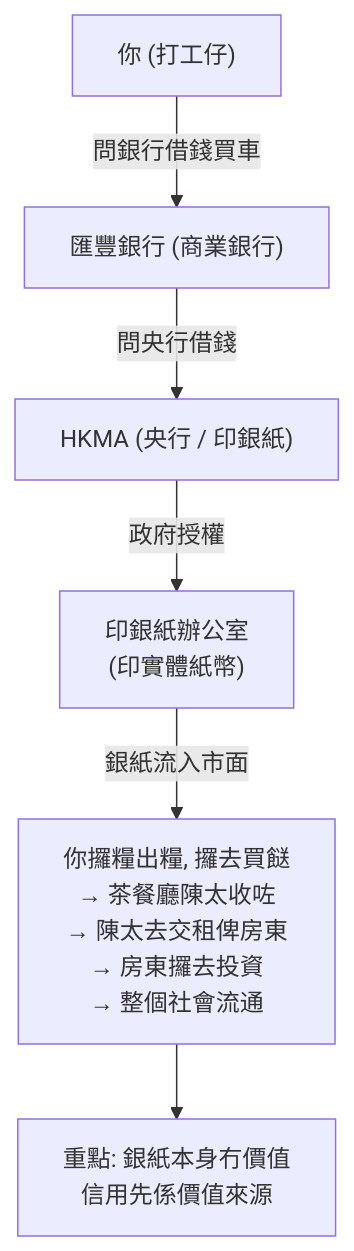
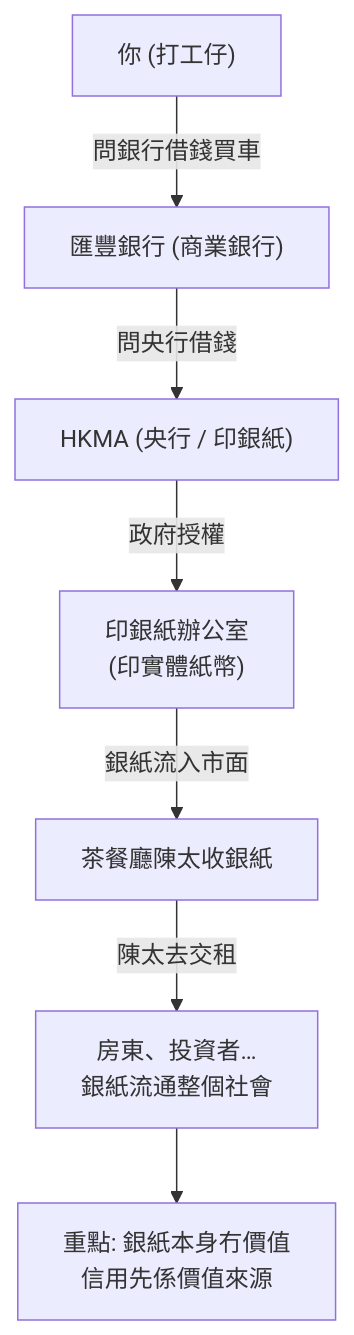
Before and after one commit to adamaiken89/course-content: the fifth of 5 diagrams in finance-basics-cantonese/modules/01-what-is-money/lesson.md, drawn with Mermaid. The commit also changed other lines of this file and 10 other files, not shown here.

````diff
--- a/finance-basics-cantonese/modules/01-what-is-money/lesson.md
+++ b/finance-basics-cantonese/modules/01-what-is-money/lesson.md
@@ -152,15 +128,18 @@
 ```mermaid
 flowchart TD
   Y["你 (打工仔)"]
   B["匯豐銀行 (商業銀行)"]
   H["HKMA (央行 / 印銀紙)"]
   P["印銀紙辦公室<br/>(印實體紙幣)"]
+  S["茶餐廳陳太收銀紙"]
+  L["房東、投資者…<br/>銀紙流通整個社會"]
 
   Y -->|"問銀行借錢買車"| B
   B -->|"問央行借錢"| H
   H -->|"政府授權"| P
-  P -->|"銀紙流入市面"| S["你攞糧出糧, 攞去買餸<br/>→ 茶餐廳陳太收咗<br/>→ 陳太去交租俾房東<br/>→ 房東攞去投資<br/>→ 整個社會流通"]
+  P -->|"銀紙流入市面"| S
+  S -->|"陳太去交租"| L
 
   Lesson["重點: 銀紙本身冇價值<br/>信用先係價值來源"]
-  S --> Lesson
+  L --> Lesson
 ```
````
